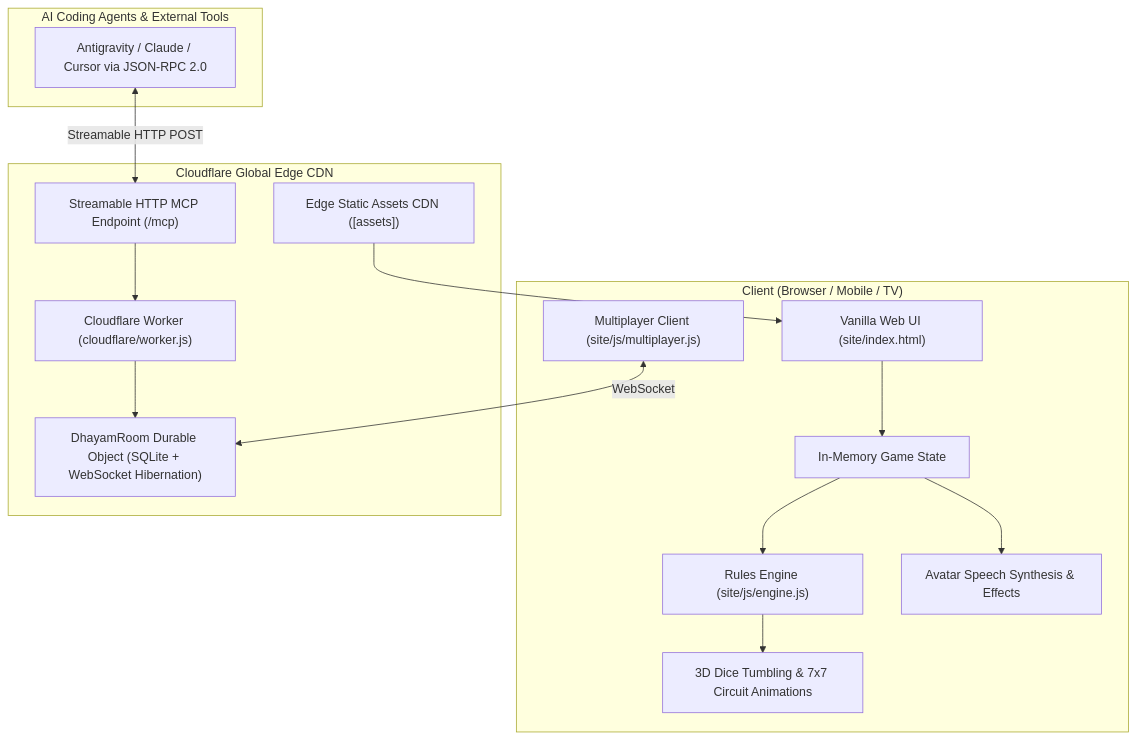
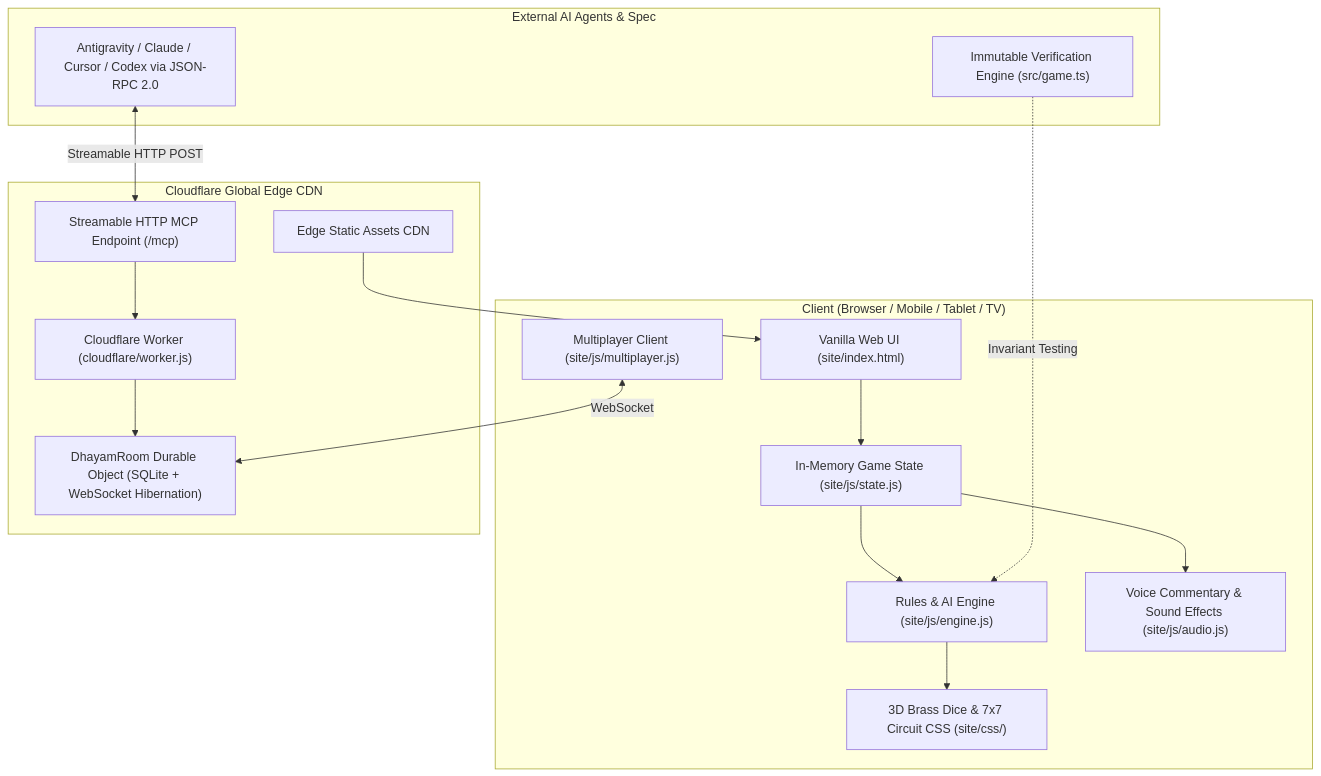
Before and after one commit to sethusrinivasan/dhayam: the diagram in docs/architecture.md, drawn with Mermaid. The commit also changed other lines of this file and 26 other files, not shown here.

````diff
--- a/docs/architecture.md
+++ b/docs/architecture.md
@@ -3,32 +5,34 @@
 ```mermaid
 flowchart TD
-  subgraph Client["Client (Browser / Mobile / TV)"]
+  subgraph Client["Client (Browser / Mobile / Tablet / TV)"]
     UI["Vanilla Web UI (site/index.html)"]
-    State["In-Memory Game State"]
-    Rules["Rules Engine (site/js/engine.js)"]
-    Visuals["3D Dice Tumbling & 7x7 Circuit Animations"]
-    Audio["Avatar Speech Synthesis & Effects"]
+    State["In-Memory Game State (site/js/state.js)"]
+    Engine["Rules & AI Engine (site/js/engine.js)"]
+    Visuals["3D Brass Dice & 7x7 Circuit CSS (site/css/)"]
+    Audio["Voice Commentary & Sound Effects (site/js/audio.js)"]
     MultiplayerClient["Multiplayer Client (site/js/multiplayer.js)"]
   end
 
   subgraph CloudflareEdge["Cloudflare Global Edge CDN"]
     EdgeWorker["Cloudflare Worker (cloudflare/worker.js)"]
     DO["DhayamRoom Durable Object (SQLite + WebSocket Hibernation)"]
     MCP["Streamable HTTP MCP Endpoint (/mcp)"]
-    Assets["Edge Static Assets CDN ([assets])"]
+    Assets["Edge Static Assets CDN"]
   end
 
-  subgraph AI["AI Coding Agents & External Tools"]
-    Agents["Antigravity / Claude / Cursor via JSON-RPC 2.0"]
+  subgraph External["External AI Agents & Spec"]
+    Agents["Antigravity / Claude / Cursor / Codex via JSON-RPC 2.0"]
+    Verification["Immutable Verification Engine (src/game.ts)"]
   end
 
   UI --> State
-  State --> Rules
-  Rules --> Visuals
+  State --> Engine
+  Engine --> Visuals
   State --> Audio
   MultiplayerClient <-->|WebSocket| DO
   EdgeWorker --> DO
   Assets --> UI
   Agents <-->|Streamable HTTP POST| MCP
   MCP --> EdgeWorker
+  Verification -.->|Invariant Testing| Engine
 ```
````
